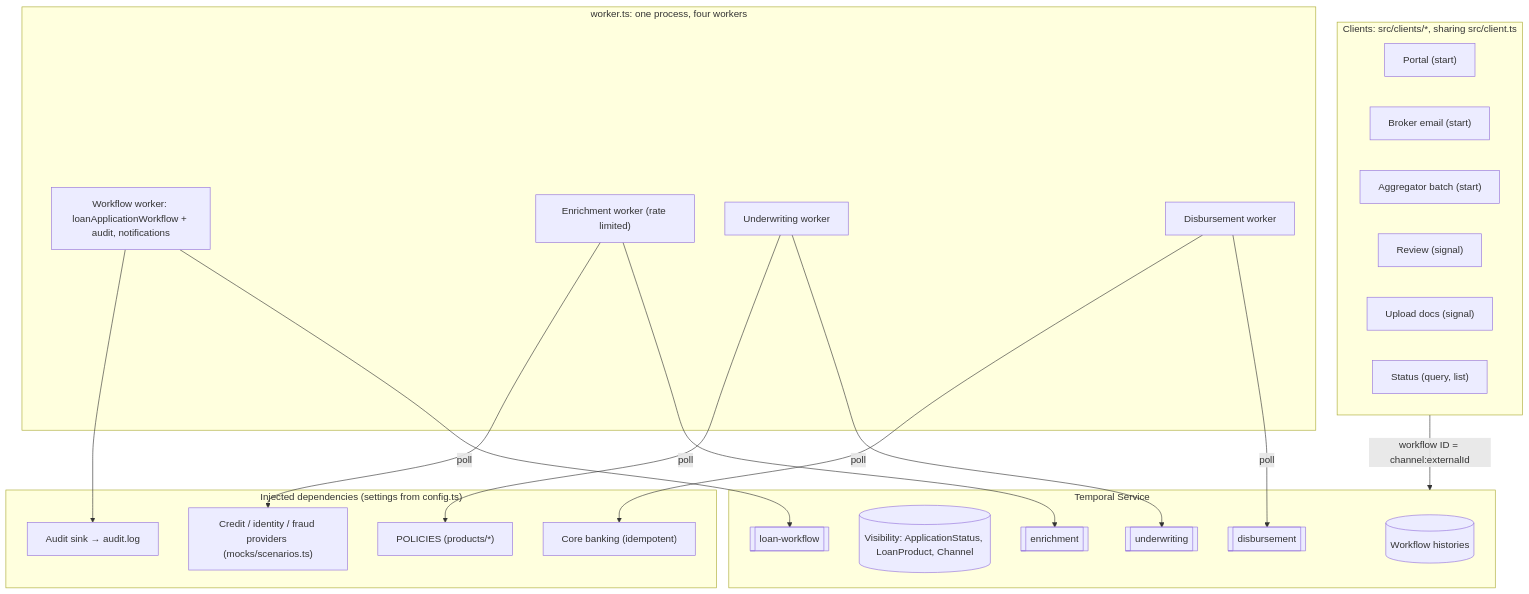
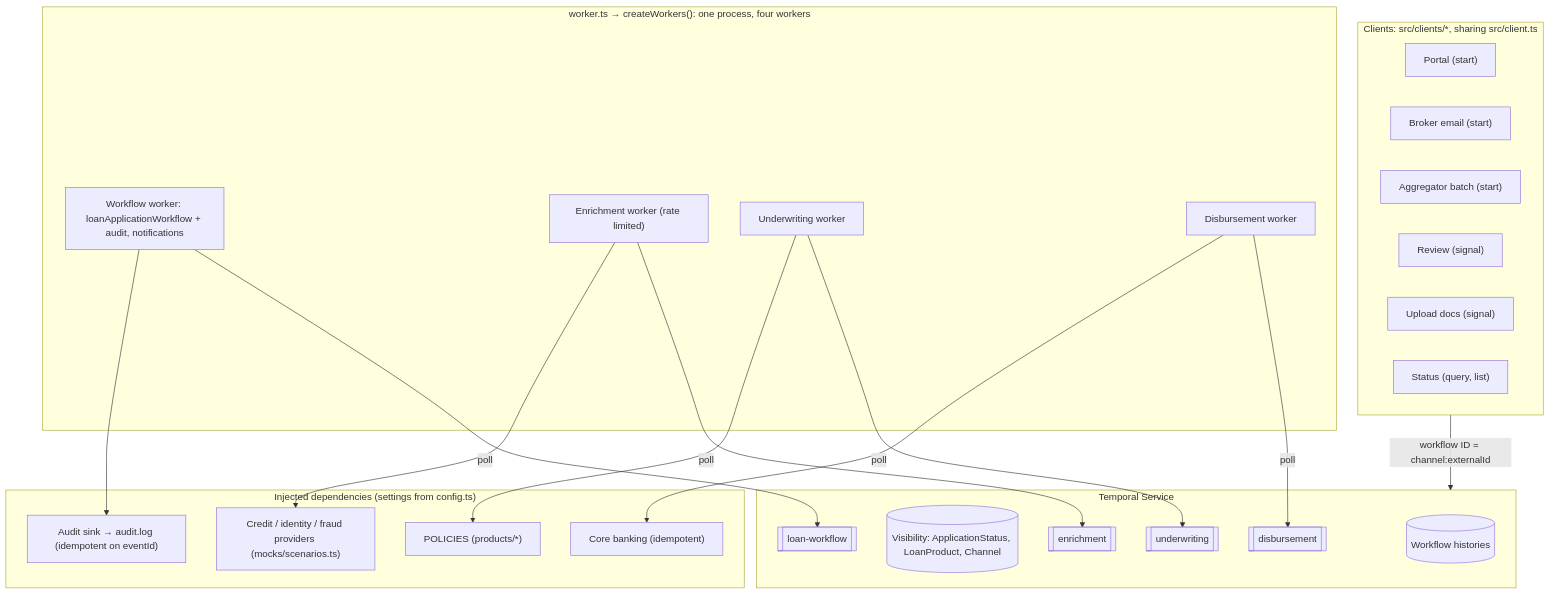
One commit to Kieranshb/bank_sim changed the first of 3 diagrams in README.md. Above: the diagram before and after it, drawn with Mermaid. The commit also changed other lines of this file and 26 other files, not shown here.

````diff
--- a/README.md
+++ b/README.md
@@ -86,44 +96,44 @@
 ```mermaid
 flowchart TB
   subgraph Clients["Clients: src/clients/*, sharing src/client.ts"]
     portal["Portal (start)"]
     broker["Broker email (start)"]
     agg["Aggregator batch (start)"]
     review["Review (signal)"]
     upload["Upload docs (signal)"]
     status["Status (query, list)"]
   end
 
   subgraph Temporal["Temporal Service"]
     hist[("Workflow histories")]
     vis[("Visibility: ApplicationStatus, LoanProduct, Channel")]
     q1[["loan-workflow"]]
     q2[["enrichment"]]
     q3[["underwriting"]]
     q4[["disbursement"]]
   end
 
-  subgraph Worker["worker.ts: one process, four workers"]
+  subgraph Worker["worker.ts → createWorkers(): one process, four workers"]
     w1["Workflow worker: loanApplicationWorkflow + audit, notifications"]
     w2["Enrichment worker (rate limited)"]
     w3["Underwriting worker"]
     w4["Disbursement worker"]
   end
 
   subgraph Deps["Injected dependencies (settings from config.ts)"]
-    d1["Audit sink → audit.log"]
+    d1["Audit sink → audit.log (idempotent on eventId)"]
     d2["Credit / identity / fraud providers (mocks/scenarios.ts)"]
     d3["POLICIES (products/*)"]
     d4["Core banking (idempotent)"]
   end
 
   Clients -->|"workflow ID = channel:externalId"| Temporal
   w1 -->|poll| q1
   w2 -->|poll| q2
   w3 -->|poll| q3
   w4 -->|poll| q4
   w1 --> d1
   w2 --> d2
   w3 --> d3
   w4 --> d4
 ```
````
